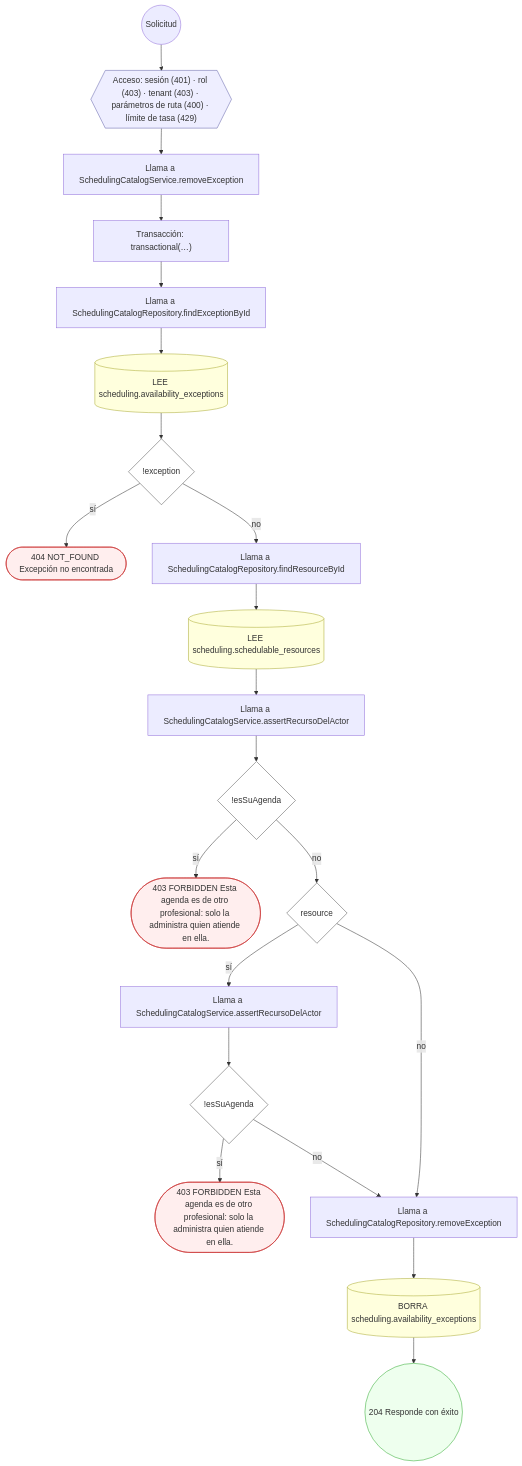
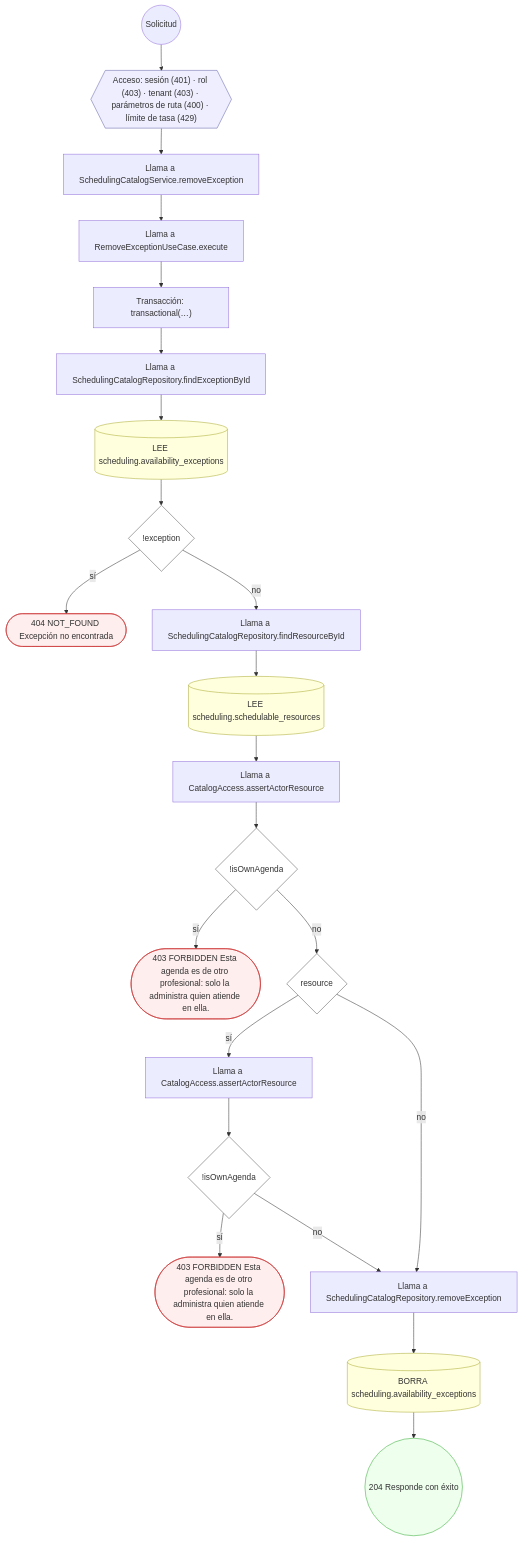
One commit to mdavila-2001/mantra-core-health-api changed diagram 26 of 57 in docs/inventario/flujos/scheduling.md. Above: the diagram before and after it, drawn with Mermaid. The commit also changed other lines of this file and 451 other files, not shown here.

First line of the commit message:
chore(data_catalog): contrato OpenAPI, inventario y pruebas al día con el diseño del #660

````diff
--- a/docs/inventario/flujos/scheduling.md
+++ b/docs/inventario/flujos/scheduling.md
@@ -2427,49 +2726,51 @@
 ```mermaid
 flowchart TD
   n1(("Solicitud")):::inicio
   n2{{"Acceso: sesión (401) · rol (403) · tenant (403) · parámetros de ruta (400) · límite de tasa (429)"}}:::acceso
   n1 --> n2
   n3["Llama a SchedulingCatalogService.removeException"]:::llamada
   n2 --> n3
-  n4["Transacción: transactional(…)"]:::transaccion
+  n4["Llama a RemoveExceptionUseCase.execute"]:::llamada
   n3 --> n4
-  n5["Llama a SchedulingCatalogRepository.findExceptionById"]:::llamada
+  n5["Transacción: transactional(…)"]:::transaccion
   n4 --> n5
-  n6[("LEE scheduling.availability_exceptions")]:::efecto
+  n6["Llama a SchedulingCatalogRepository.findExceptionById"]:::llamada
   n5 --> n6
-  n7{"!exception"}:::decision
+  n7[("LEE scheduling.availability_exceptions")]:::efecto
   n6 --> n7
-  n8(["404 NOT_FOUND Excepción no encontrada"]):::error
-  n7 -->|"sí"| n8
-  n9["Llama a SchedulingCatalogRepository.findResourceById"]:::llamada
-  n7 -->|"no"| n9
-  n10[("LEE scheduling.schedulable_resources")]:::efecto
-  n9 --> n10
-  n11["Llama a SchedulingCatalogService.assertRecursoDelActor"]:::llamada
+  n8{"!exception"}:::decision
+  n7 --> n8
+  n9(["404 NOT_FOUND Excepción no encontrada"]):::error
+  n8 -->|"sí"| n9
+  n10["Llama a SchedulingCatalogRepository.findResourceById"]:::llamada
+  n8 -->|"no"| n10
+  n11[("LEE scheduling.schedulable_resources")]:::efecto
   n10 --> n11
-  n12{"!esSuAgenda"}:::decision
+  n12["Llama a CatalogAccess.assertActorResource"]:::llamada
   n11 --> n12
-  n13(["403 FORBIDDEN Esta agenda es de otro profesional: solo la administra quien atiende en ella."]):::error
-  n12 -->|"sí"| n13
-  n14{"resource"}:::decision
-  n12 -->|"no"| n14
-  n15["Llama a SchedulingCatalogService.assertRecursoDelActor"]:::llamada
-  n14 -->|"sí"| n15
-  n16{"!esSuAgenda"}:::decision
-  n15 --> n16
-  n17(["403 FORBIDDEN Esta agenda es de otro profesional: solo la administra quien atiende en ella."]):::error
-  n16 -->|"sí"| n17
-  n18["Llama a SchedulingCatalogRepository.removeException"]:::llamada
-  n16 -->|"no"| n18
-  n14 -->|"no"| n18
-  n19[("BORRA scheduling.availability_exceptions")]:::efecto
-  n18 --> n19
-  n20(("204 Responde con éxito")):::ok
+  n13{"!isOwnAgenda"}:::decision
+  n12 --> n13
+  n14(["403 FORBIDDEN Esta agenda es de otro profesional: solo la administra quien atiende en ella."]):::error
+  n13 -->|"sí"| n14
+  n15{"resource"}:::decision
+  n13 -->|"no"| n15
+  n16["Llama a CatalogAccess.assertActorResource"]:::llamada
+  n15 -->|"sí"| n16
+  n17{"!isOwnAgenda"}:::decision
+  n16 --> n17
+  n18(["403 FORBIDDEN Esta agenda es de otro profesional: solo la administra quien atiende en ella."]):::error
+  n17 -->|"sí"| n18
+  n19["Llama a SchedulingCatalogRepository.removeException"]:::llamada
+  n17 -->|"no"| n19
+  n15 -->|"no"| n19
+  n20[("BORRA scheduling.availability_exceptions")]:::efecto
   n19 --> n20
+  n21(("204 Responde con éxito")):::ok
+  n20 --> n21
   classDef acceso fill:#eef,stroke:#66a
   classDef error fill:#fee,stroke:#c33
   classDef ok fill:#efe,stroke:#3a3
   classDef efecto fill:#ffd,stroke:#aa3
   classDef decision fill:#fff,stroke:#555
   classDef corte fill:#eee,stroke:#999,stroke-dasharray: 4
 ```
````
